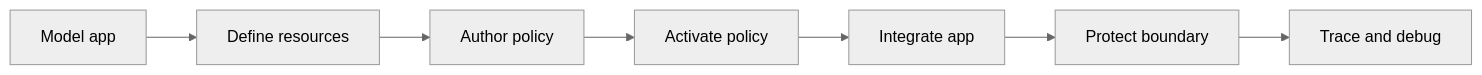
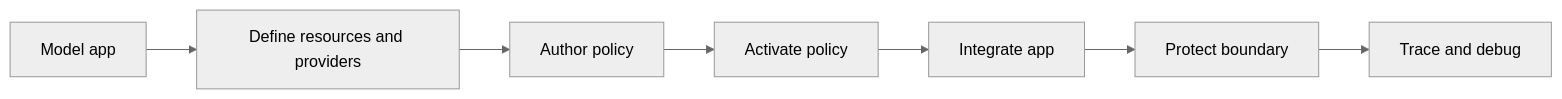
One commit to Ashutoshx7/caracal changed the diagram in docs/src/content/docs/guides/index.mdx. Above: the diagram before and after it, drawn with Mermaid (neutral theme). The commit also changed other lines of this file and 4 other files, not shown here.

````diff
--- a/docs/src/content/docs/guides/index.mdx
+++ b/docs/src/content/docs/guides/index.mdx
@@ -26,12 +26,12 @@
 ```mermaid
 flowchart LR
   Model["Model app"]
-  Resource["Define resources"]
+  Resource["Define resources and providers"]
   Policy["Author policy"]
   Activate["Activate policy"]
   App["Integrate app"]
   Protect["Protect boundary"]
   Debug["Trace and debug"]
 
   Model --> Resource --> Policy --> Activate --> App --> Protect --> Debug
 ```
````
